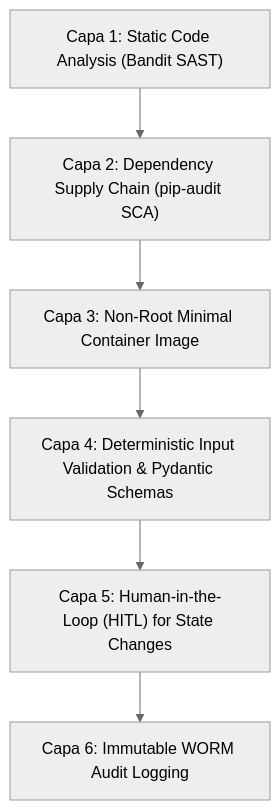
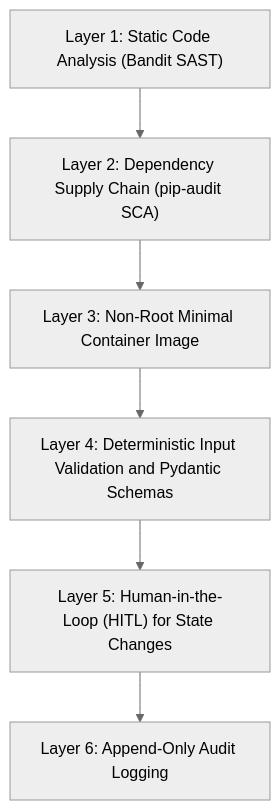
Before and after one commit to PCVV-Organization/aegisbank-ai-platform: the diagram in docs/security/CONTAINER-SECURITY.md, drawn with Mermaid (neutral theme). The commit also changed other lines of this file and 74 other files, not shown here.

````diff
--- a/docs/security/CONTAINER-SECURITY.md
+++ b/docs/security/CONTAINER-SECURITY.md
@@ -41,8 +33,8 @@
 ```mermaid
 graph TD
-    A["Capa 1: Static Code Analysis (Bandit SAST)"] --> B["Capa 2: Dependency Supply Chain (pip-audit SCA)"]
-    B --> C["Capa 3: Non-Root Minimal Container Image"]
-    C --> D["Capa 4: Deterministic Input Validation & Pydantic Schemas"]
-    D --> E["Capa 5: Human-in-the-Loop (HITL) for State Changes"]
-    E --> F["Capa 6: Immutable WORM Audit Logging"]
+    A["Layer 1: Static Code Analysis (Bandit SAST)"] --> B["Layer 2: Dependency Supply Chain (pip-audit SCA)"]
+    B --> C["Layer 3: Non-Root Minimal Container Image"]
+    C --> D["Layer 4: Deterministic Input Validation and Pydantic Schemas"]
+    D --> E["Layer 5: Human-in-the-Loop (HITL) for State Changes"]
+    E --> F["Layer 6: Append-Only Audit Logging"]
 ```
````
